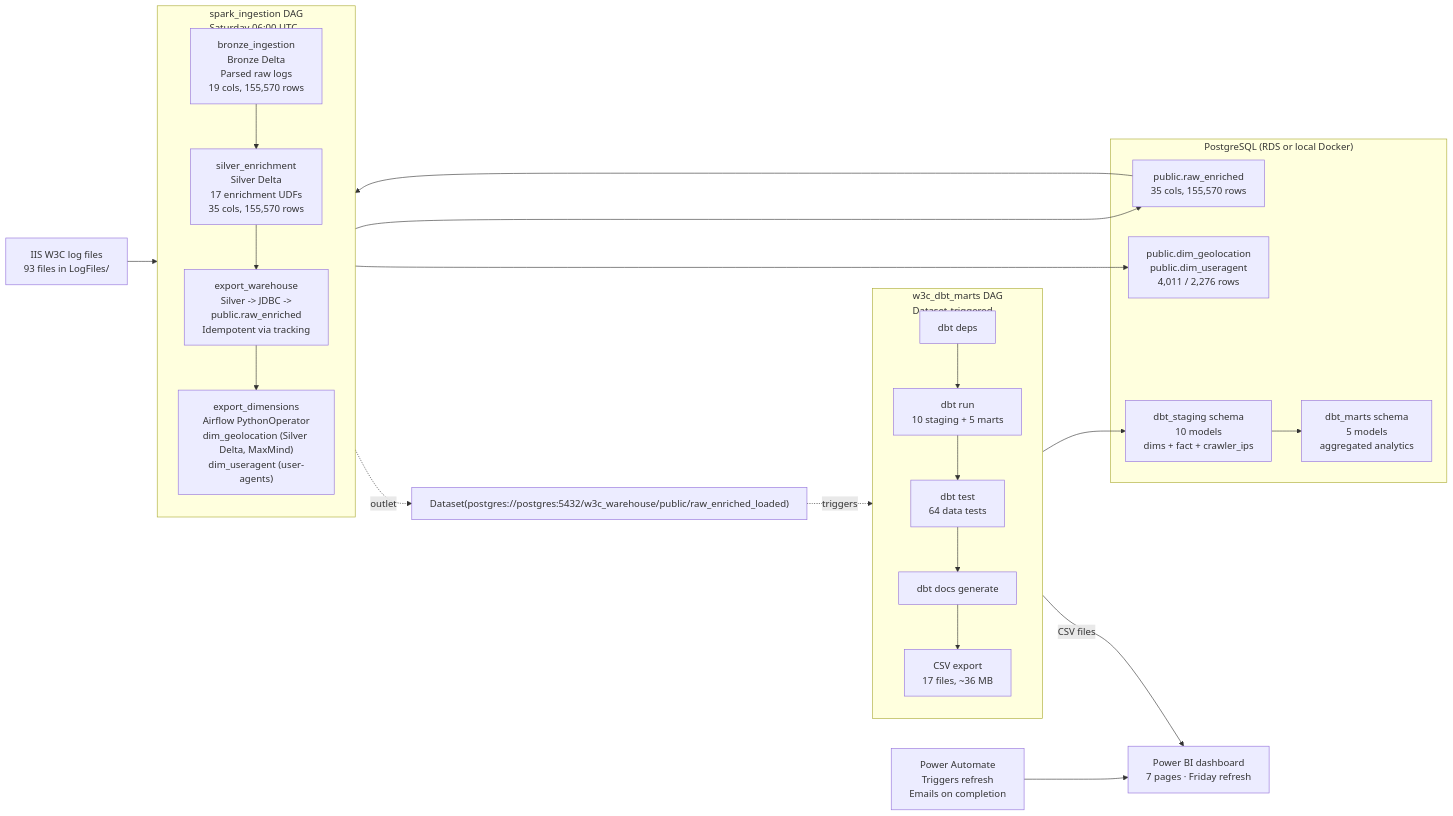
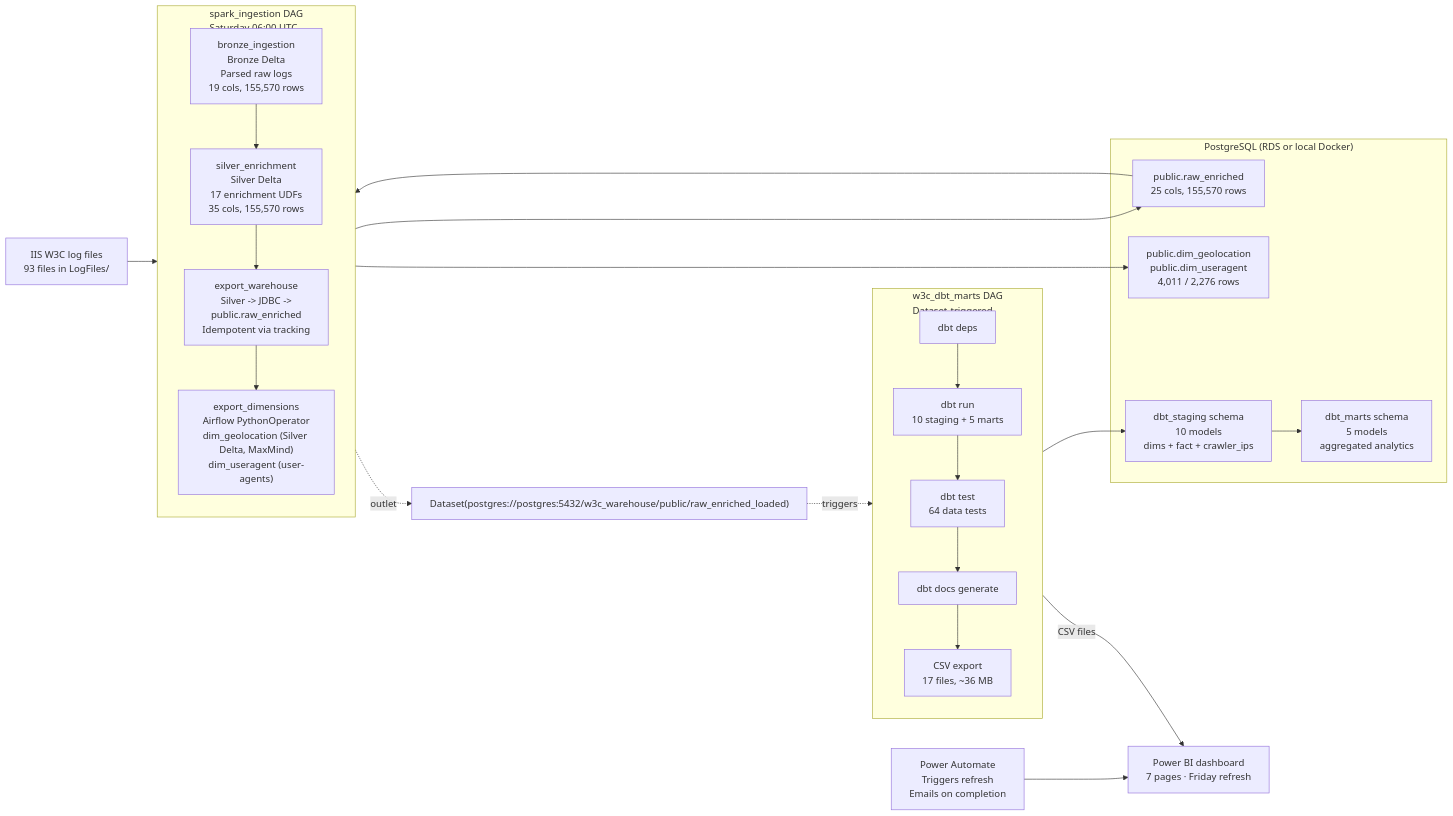
The second of 14 diagrams in README.md (AhmedIkram05/w3c-etl-pipeline), drawn with Mermaid before and after one commit. The commit also changed other lines of this file and 1 other file, not shown here.

Commit message:
docs: update README to reflect changes in raw_enriched column count and add new Databricks hybrid wiring plan

````diff
--- a/README.md
+++ b/README.md
@@ -116,45 +116,45 @@
 ```mermaid
 flowchart LR
     source["IIS W3C log files<br/>93 files in LogFiles/"]
 
     subgraph sparkdag["spark_ingestion DAG<br/>Saturday 06:00 UTC"]
         direction TB
         bronze["bronze_ingestion<br/>Bronze Delta<br/>Parsed raw logs<br/>19 cols, 155,570 rows"]
         silver["silver_enrichment<br/>Silver Delta<br/>17 enrichment UDFs<br/>35 cols, 155,570 rows"]
         export["export_warehouse<br/>Silver -> JDBC -><br/>public.raw_enriched<br/>Idempotent via tracking"]
         dims["export_dimensions<br/>Airflow PythonOperator<br/>dim_geolocation (Silver Delta, MaxMind)<br/>dim_useragent (user-agents)"]
         bronze --> silver --> export --> dims
     end
 
     subgraph postgres["PostgreSQL (RDS or local Docker)"]
-        raw_enriched["public.raw_enriched<br/>35 cols, 155,570 rows"]
+        raw_enriched["public.raw_enriched<br/>25 cols, 155,570 rows"]
         air_dims["public.dim_geolocation<br/>public.dim_useragent<br/>4,011 / 2,276 rows"]
         staging["dbt_staging schema<br/>10 models<br/>dims + fact + crawler_ips"]
         marts["dbt_marts schema<br/>5 models<br/>aggregated analytics"]
     end
 
     subgraph dbt_dag["w3c_dbt_marts DAG<br/>Dataset-triggered"]
         direction TB
         dbt_deps["dbt deps"]
         dbt_run["dbt run<br/>10 staging + 5 marts"]
         dbt_test["dbt test<br/>64 data tests"]
         dbt_docs["dbt docs generate"]
         csv_export["CSV export<br/>17 files, ~36 MB"]
         dbt_deps --> dbt_run --> dbt_test --> dbt_docs --> csv_export
     end
 
     powerbi["Power BI dashboard<br/>7 pages · Friday refresh"]
     automation["Power Automate<br/>Triggers refresh<br/>Emails on completion"]
     dataset["Dataset(postgres://postgres:5432/w3c_warehouse/public/raw_enriched_loaded)"]
 
     source --> bronze
     dims -.->|outlet| dataset
     dataset -.->|triggers| dbt_dag
     export --> raw_enriched
     raw_enriched --> dims
     dims --> air_dims
     dbt_run --> staging
     staging --> marts
     csv_export -->|CSV files| powerbi
     automation --> powerbi
 ```
````
